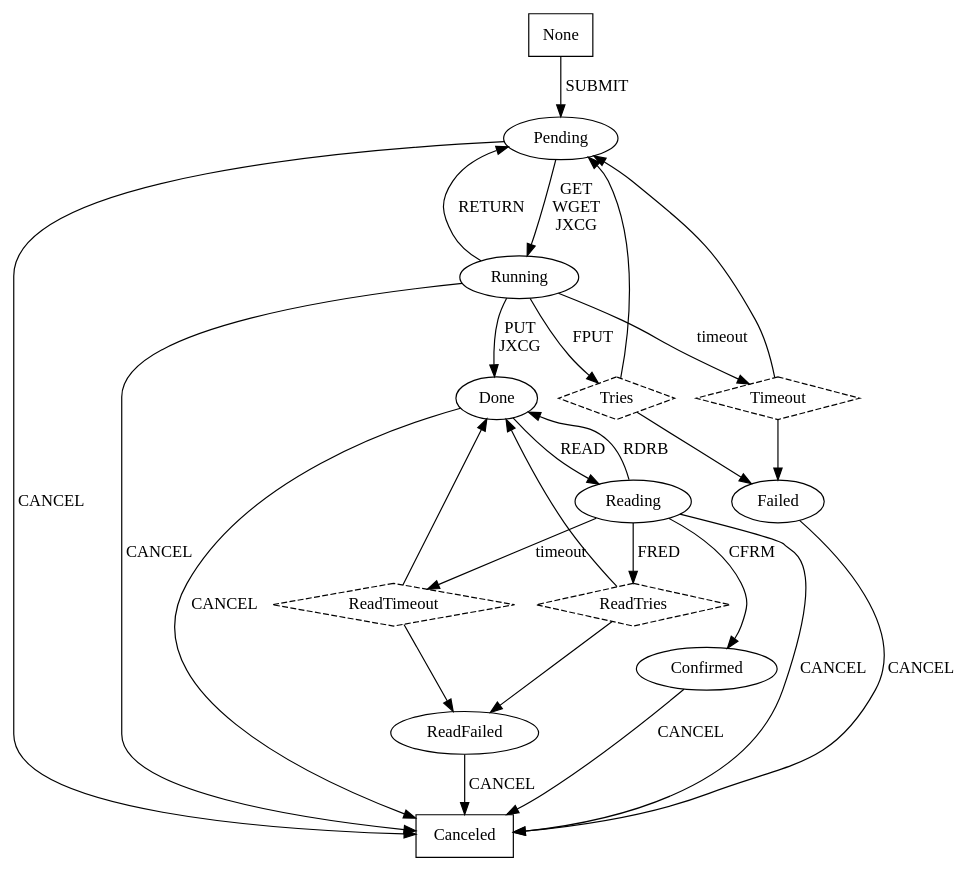
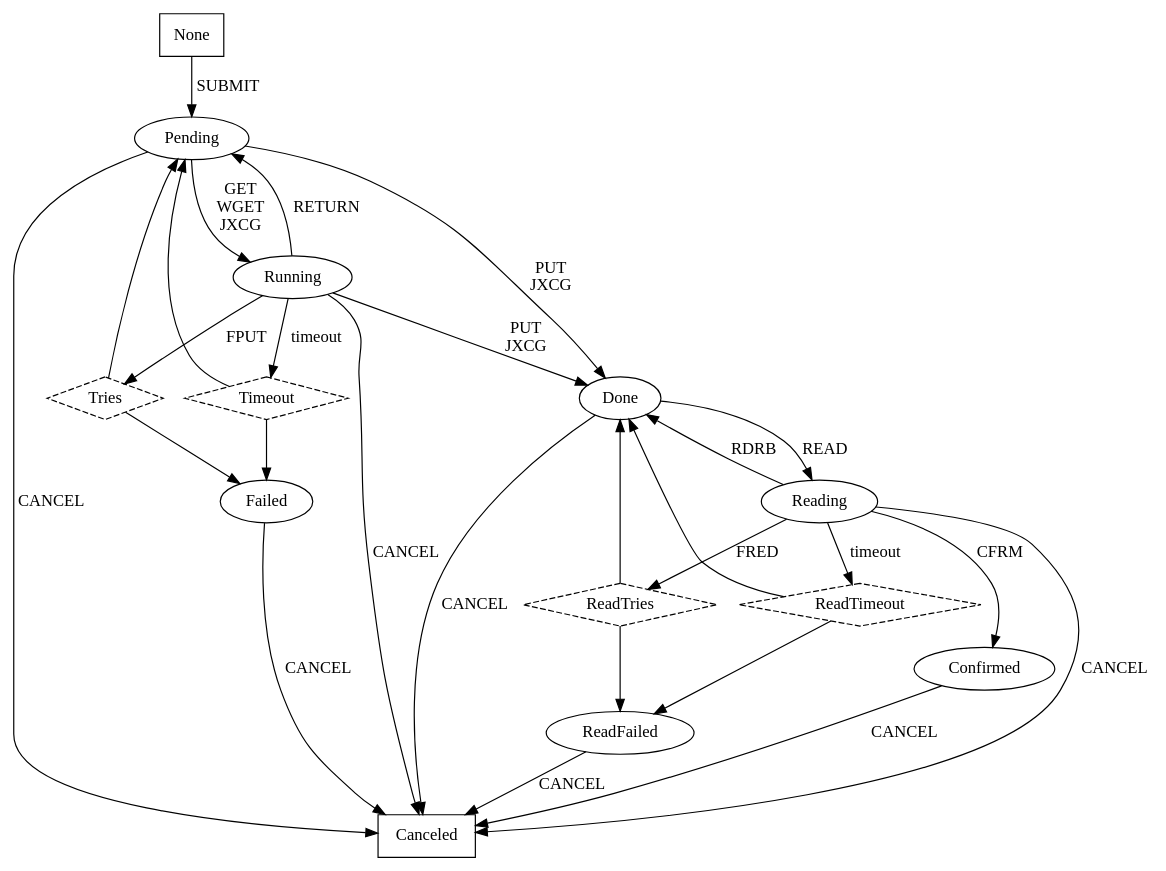
The diagram in src/app/netschedule/state_graph.dot (ncbi/ncbi-cxx-toolkit-public), drawn with Graphviz before and after one commit.

Commit message:
Updated with pending -> done transition

```diff
--- a/src/app/netschedule/state_graph.dot
+++ b/src/app/netschedule/state_graph.dot
@@ -1,93 +1,94 @@
 # dot -T ps state_graph.dot -o state_graph.ps
 
 digraph NetScheduleNew {
 
     None        [ label = "None",        shape = "box" ];
     Canceled    [ label = "Canceled",    shape = "box" ];
     Timeout     [ label = "Timeout",     shape = "diamond", style = "dashed" ];
     ReadTimeout [ label = "ReadTimeout", shape = "diamond", style = "dashed" ];
     Tries       [ label = "Tries",       shape = "diamond", style = "dashed" ];
     ReadTries   [ label = "ReadTries",   shape = "diamond", style = "dashed" ];
 
     None        -> Pending          [ label = "SUBMIT" ];
 
     Pending     -> Running          [ label = "GET\nWGET\nJXCG" ];
     Pending     -> Canceled         [ label = "CANCEL" ];
+    Pending     -> Done             [ label = "PUT\nJXCG" ];
 
     Running     -> Pending          [ label = "RETURN" ];
     Running     -> Canceled         [ label = "CANCEL" ];
     Running     -> Done             [ label = "PUT\nJXCG" ];
     Running     -> Timeout          [ label = "timeout" ];
     Running     -> Tries            [ label = "FPUT" ];
 
     Tries       -> Failed;
     Tries       -> Pending;
 
     Timeout     -> Pending;
     Timeout     -> Failed;
 
     Failed      -> Canceled         [ label = "CANCEL" ];
 
     Done        -> Reading          [ label = "READ" ];
     Done        -> Canceled         [ label = "CANCEL" ];
 
     Reading     -> Canceled         [ label = "CANCEL" ];
     Reading     -> Confirmed        [ label = "CFRM" ];
     Reading     -> Done             [ label = "RDRB" ];
     Reading     -> ReadTimeout      [ label = "timeout" ];
     Reading     -> ReadTries        [ label = "FRED" ];
 
     ReadTries   -> ReadFailed;
     ReadTries   -> Done;
 
     ReadTimeout -> Done;
     ReadTimeout -> ReadFailed;
 
     ReadFailed  -> Canceled         [ label = "CANCEL" ];
 
     Confirmed   -> Canceled         [ label = "CANCEL" ];
 }
 
 # Old diagrams
 
 #digraph NetSchedule {
 #  None -> Pending [label="submit"];
 #
 #  Pending -> Running [label="execute"];
 #  Pending -> Canceled [label="cancel"];
 #  Pending -> Done [label="out-of-sync success"];
 #
 #
 #  Running -> Returned [label="return"];
 #  Running -> Canceled [label="cancel"];
 #  Running -> Failed [label="fail"];
 #  Running -> Done [label="success"];
 #
 #  Returned -> Pending [label="r2p"];
 #  Returned -> Running [label="r2p-execute?"];
 #  Returned -> Canceled [label="cancel"];
 #  Returned -> Failed [label="fail"];
 #  Returned -> Done [label="out-of-sync success"];
 #}
 #
 #digraph Reschedule {
 #  Running -> Pending [label="reschedule?"];
 #  Canceled -> Pending [label="reschedule"];
 #  Failed -> Pending [label="reschedule"];
 #  Done -> Pending [label="reschedule"];
 #}
 #
 #digraph Ignore {
 #  Pending -> Returned;
 #  Pending -> Failed;
 #  Canceled -> Running;
 #  Canceled -> Returned;
 #  Canceled -> Failed;
 #  Canceled -> Done;
 #  Failed -> Returned;
 #  Failed -> Canceled;
 #  Failed -> Done;
 #  Done -> Returned;
 #  Done -> Canceled;
 #  Done -> Failed;
 #}
```
